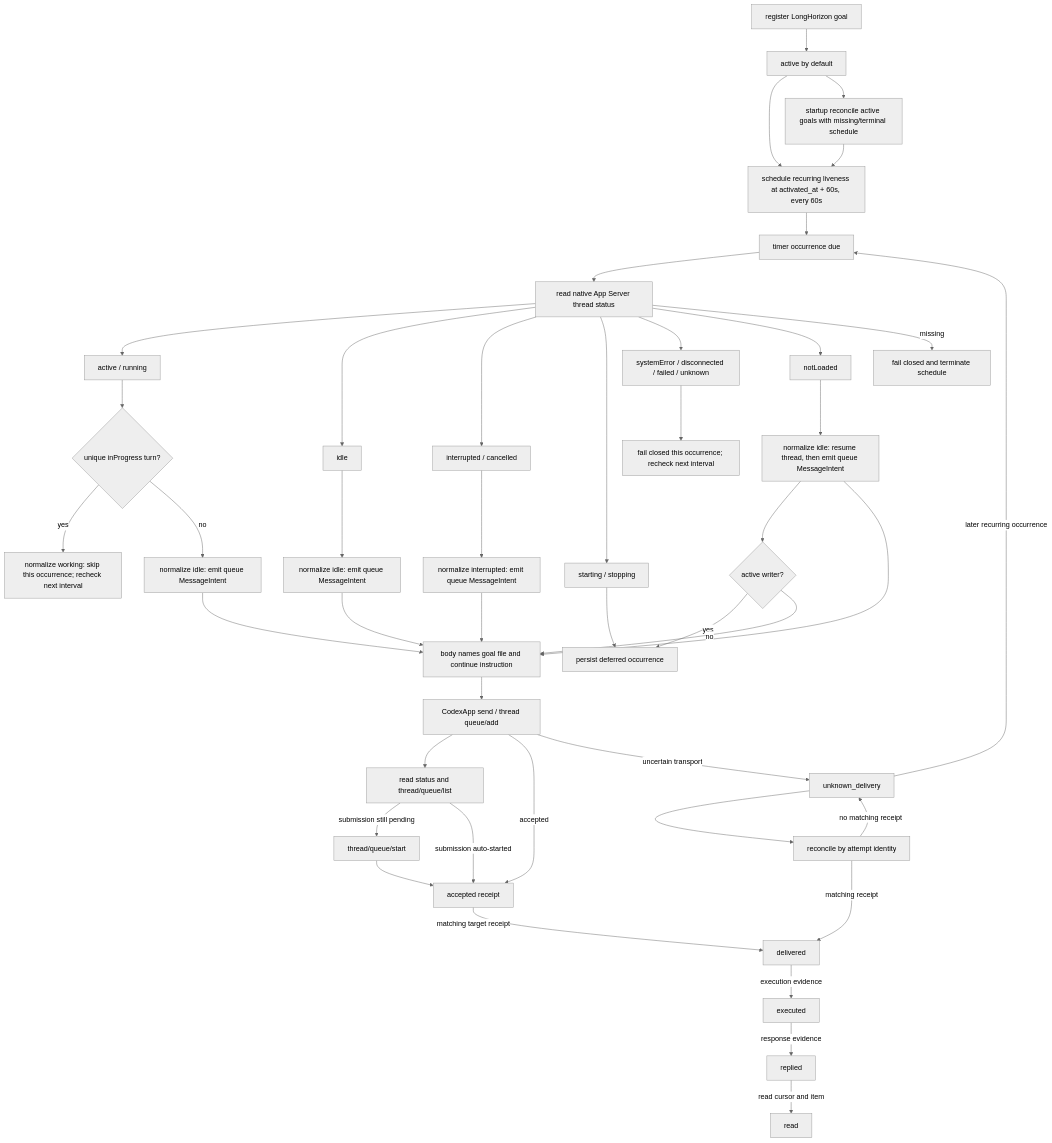
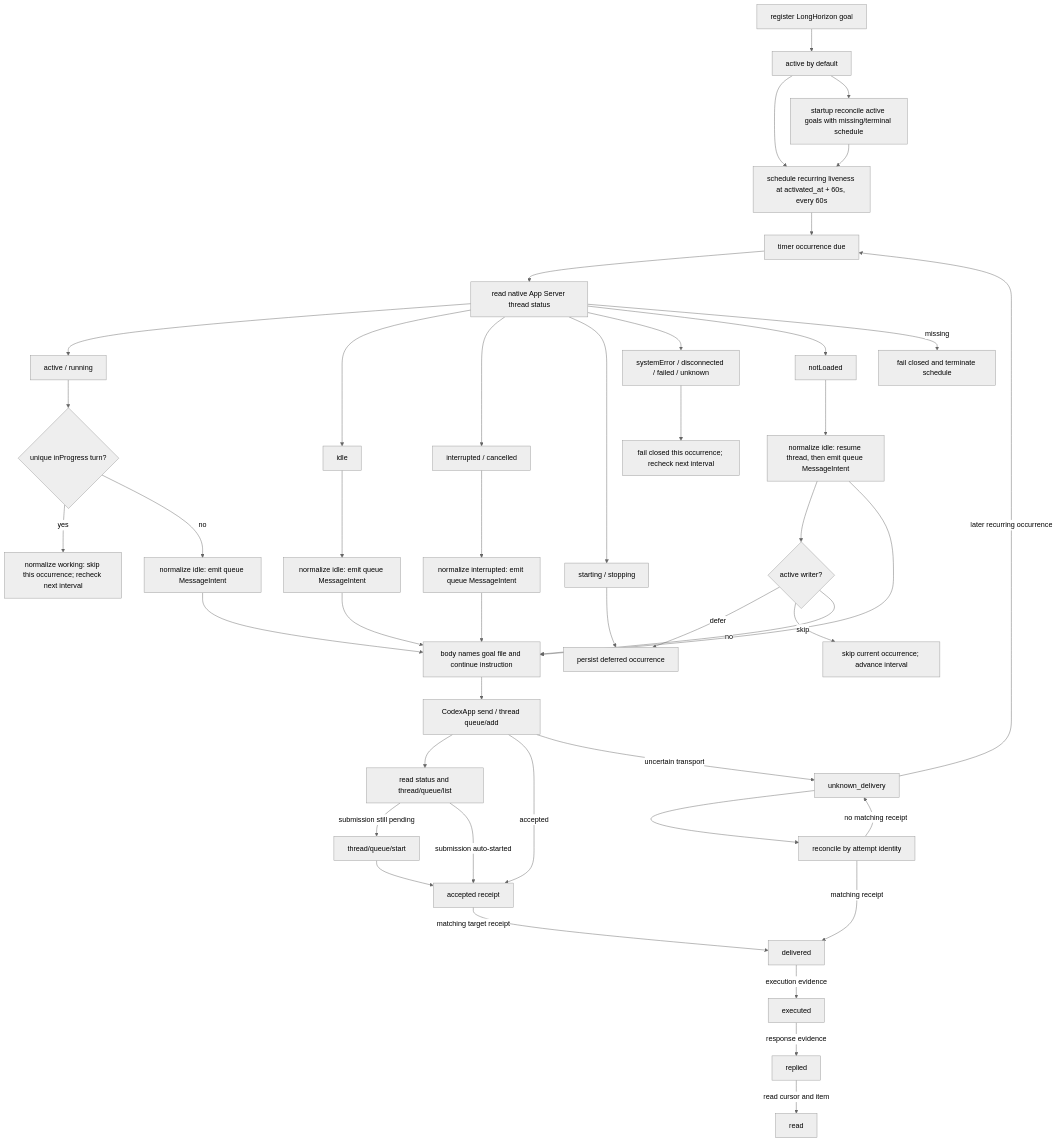
The diagram in docs/design/rccs-notification-dag.md (Jasonzhangf/codex-hooks), drawn with Mermaid (neutral theme) before and after one commit. The commit also changed other lines of this file and 7 other files, not shown here.

````diff
--- a/docs/design/rccs-notification-dag.md
+++ b/docs/design/rccs-notification-dag.md
@@ -44,46 +46,47 @@
 ```mermaid
 flowchart TD
   A["register LongHorizon goal"] --> B["active by default"]
   B --> C["schedule recurring liveness at activated_at + 60s, every 60s"]
   B --> C2["startup reconcile active goals with missing/terminal schedule"]
   C2 --> C
   C --> D["timer occurrence due"]
   D --> E["read native App Server thread status"]
   E --> E1["active / running"]
   E1 --> E1a{"unique inProgress turn?"}
   E1a -->|yes| F["normalize working: skip this occurrence; recheck next interval"]
   E1a -->|no| G1["normalize idle: emit queue MessageIntent"]
   E --> E2["idle"]
   E --> E3["interrupted / cancelled"]
   E --> E4["starting / stopping"]
   E --> E5["systemError / disconnected / failed / unknown"]
   E --> E6["notLoaded"]
   E2 --> G["normalize idle: emit queue MessageIntent"]
   E3 --> G2["normalize interrupted: emit queue MessageIntent"]
   E6 --> G3["normalize idle: resume thread, then emit queue MessageIntent"]
   G3 --> G4{"active writer?"}
-  G4 -->|yes| H1
+  G4 -->|defer| H1
+  G4 -->|skip| H2["skip current occurrence; advance interval"]
   G4 -->|no| H
   G --> H["body names goal file and continue instruction"]
   G2 --> H
   G3 --> H
   G1 --> H
   E4 --> H1["persist deferred occurrence"]
   E5 --> I["fail closed this occurrence; recheck next interval"]
   E -->|missing| I2["fail closed and terminate schedule"]
   H --> J["CodexApp send / thread queue/add"]
   J --> J2["read status and thread/queue/list"]
   J2 -->|submission still pending| J3["thread/queue/start"]
   J2 -->|submission auto-started| K
   J3 --> K
   J -->|accepted| K["accepted receipt"]
   K -->|matching target receipt| L["delivered"]
   L -->|execution evidence| M["executed"]
   M -->|response evidence| N["replied"]
   N -->|read cursor and item| O["read"]
   J -->|uncertain transport| P["unknown_delivery"]
   P --> Q["reconcile by attempt identity"]
   Q -->|matching receipt| L
   Q -->|no matching receipt| P
   P -->|later recurring occurrence| D
 ```
````
